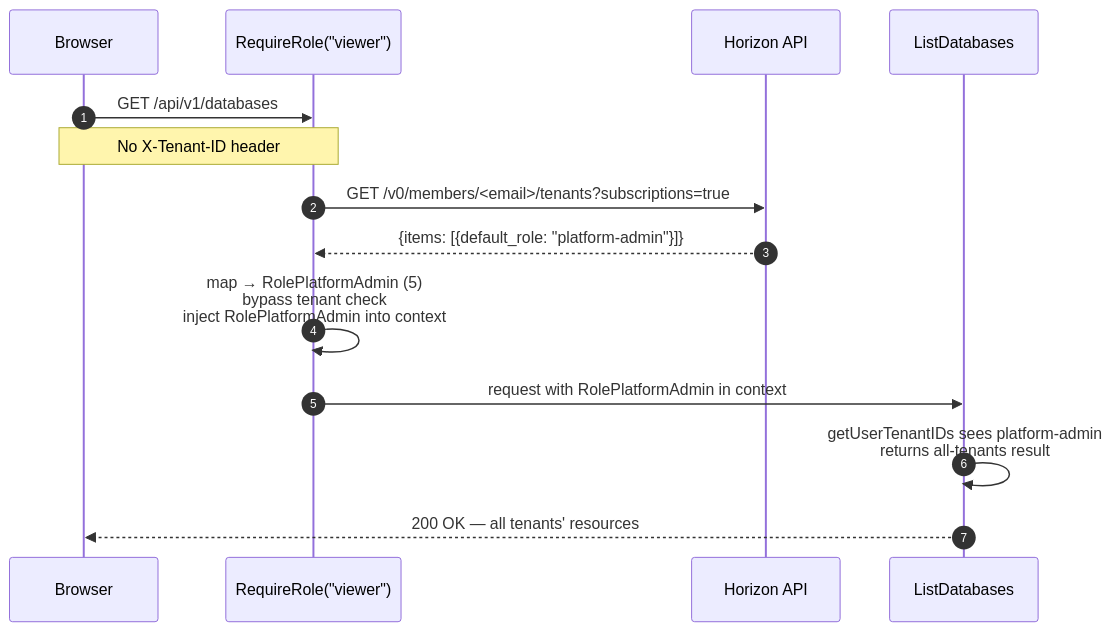
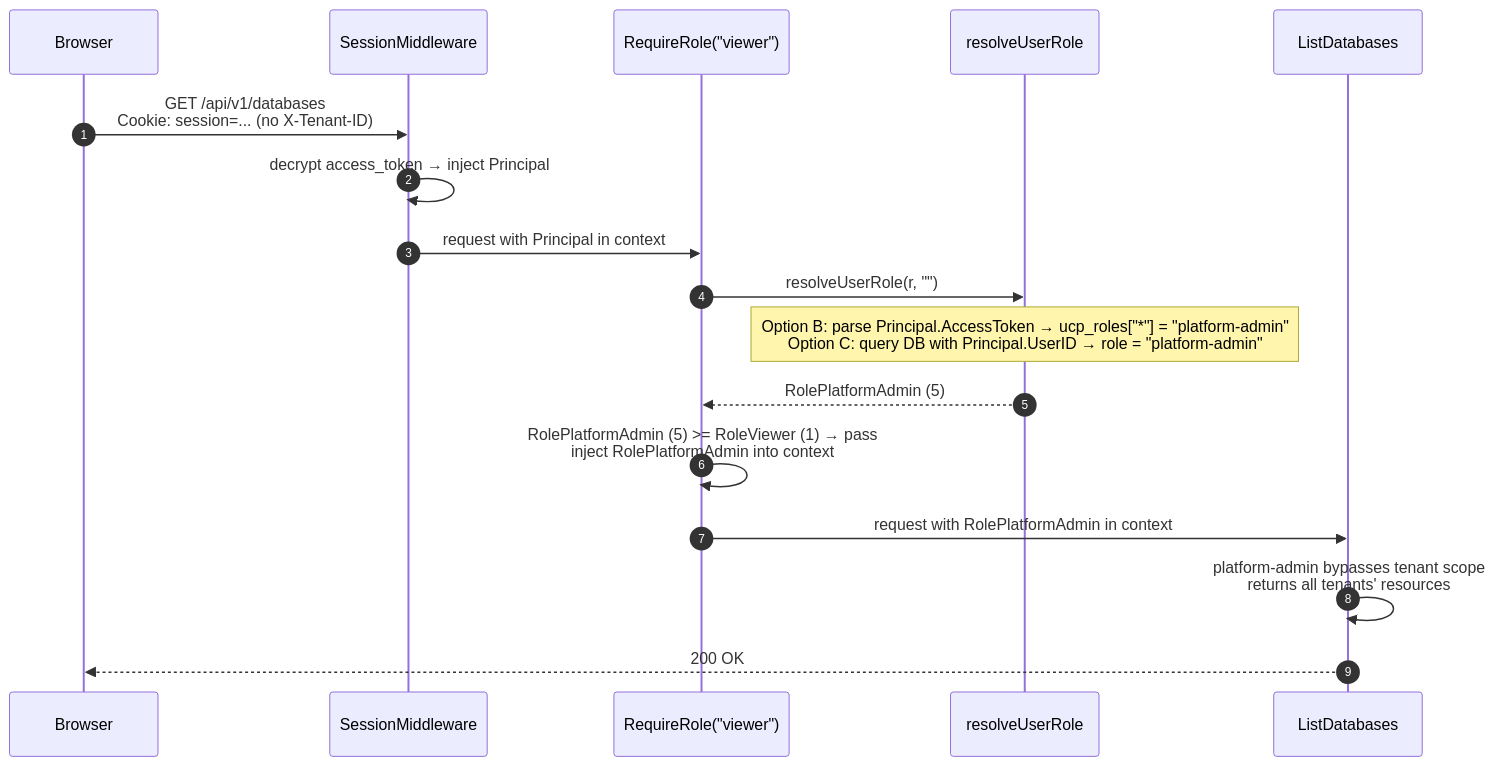
One commit to aripermana-putra/ucp-docs-collection changed the second of 2 diagrams in docs/projects/universal-control-plane-ucp/pocs/rbac/implementation.md. Above: the diagram before and after it, drawn with Mermaid. The commit also changed other lines of this file and 2 other files, not shown here.

Commit message:
MCUCP-191: Remove Horizon assumption from RBAC docs; describe B and C based on auth flow

````diff
--- a/docs/projects/universal-control-plane-ucp/pocs/rbac/implementation.md
+++ b/docs/projects/universal-control-plane-ucp/pocs/rbac/implementation.md
@@ -108,21 +115,23 @@
 ```mermaid
 sequenceDiagram
     autonumber
 
     participant Browser
+    participant Session as SessionMiddleware
     participant Middleware as RequireRole("viewer")
-    participant Horizon as Horizon API
+    participant Resolver as resolveUserRole
     participant Handler as ListDatabases
 
-    Browser->>Middleware: GET /api/v1/databases
-    Note over Browser,Middleware: No X-Tenant-ID header
+    Browser->>Session: GET /api/v1/databases<br/>Cookie: session=... (no X-Tenant-ID)
+    Session->>Session: decrypt access_token → inject Principal
+    Session->>Middleware: request with Principal in context
 
-    Middleware->>Horizon: GET /v0/members/<email>/tenants?subscriptions=true
-    Horizon-->>Middleware: {items: [{default_role: "platform-admin"}]}
+    Middleware->>Resolver: resolveUserRole(r, "")
+    Note over Resolver: Option B: parse Principal.AccessToken → ucp_roles["*"] = "platform-admin"<br/>Option C: query DB with Principal.UserID → role = "platform-admin"
+    Resolver-->>Middleware: RolePlatformAdmin (5)
 
-    Middleware->>Middleware: map → RolePlatformAdmin (5)<br/>bypass tenant check<br/>inject RolePlatformAdmin into context
-
+    Middleware->>Middleware: RolePlatformAdmin (5) >= RoleViewer (1) → pass<br/>inject RolePlatformAdmin into context
     Middleware->>Handler: request with RolePlatformAdmin in context
-    Handler->>Handler: getUserTenantIDs sees platform-admin<br/>returns all-tenants result
-    Handler-->>Browser: 200 OK — all tenants' resources
+    Handler->>Handler: platform-admin bypasses tenant scope<br/>returns all tenants' resources
+    Handler-->>Browser: 200 OK
 ```
````
